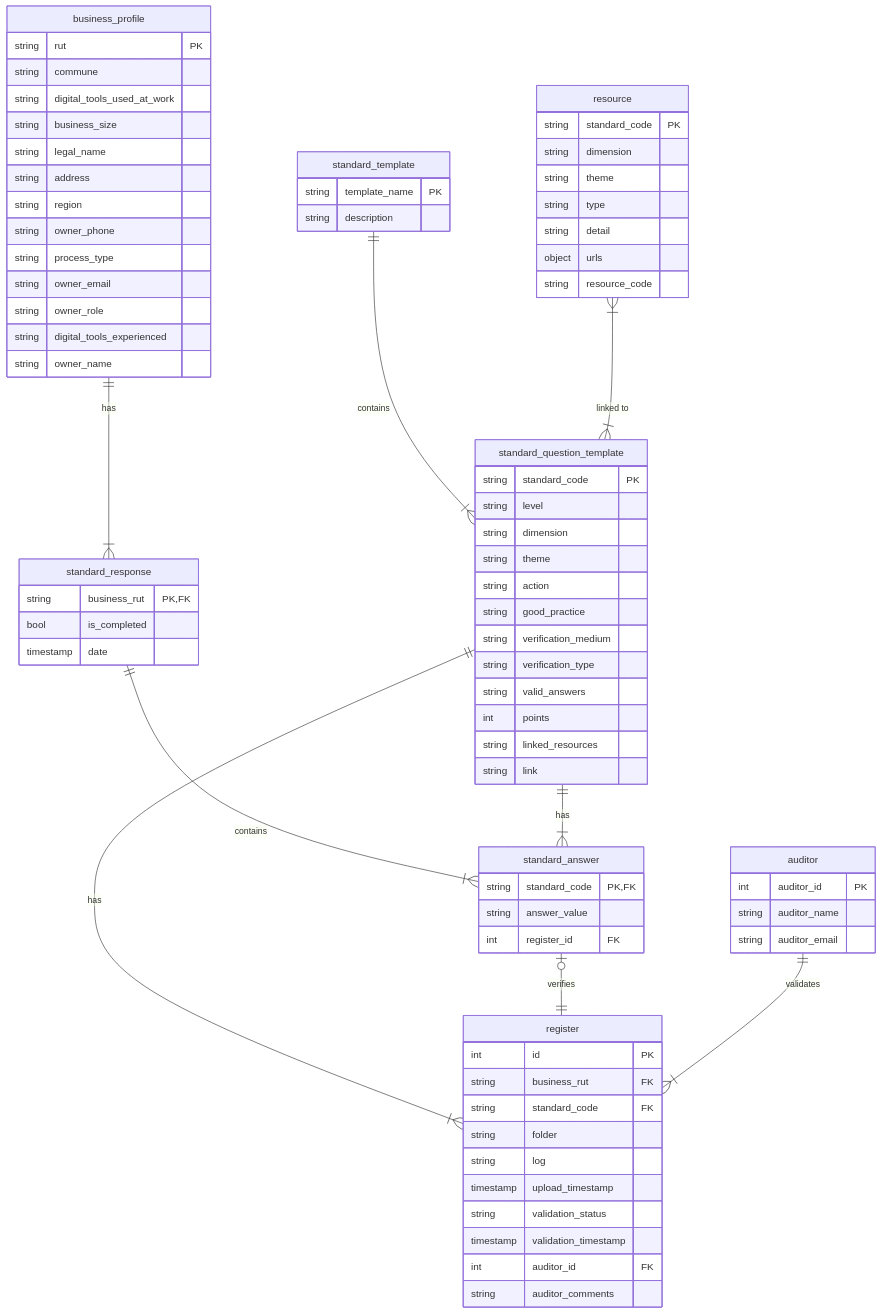
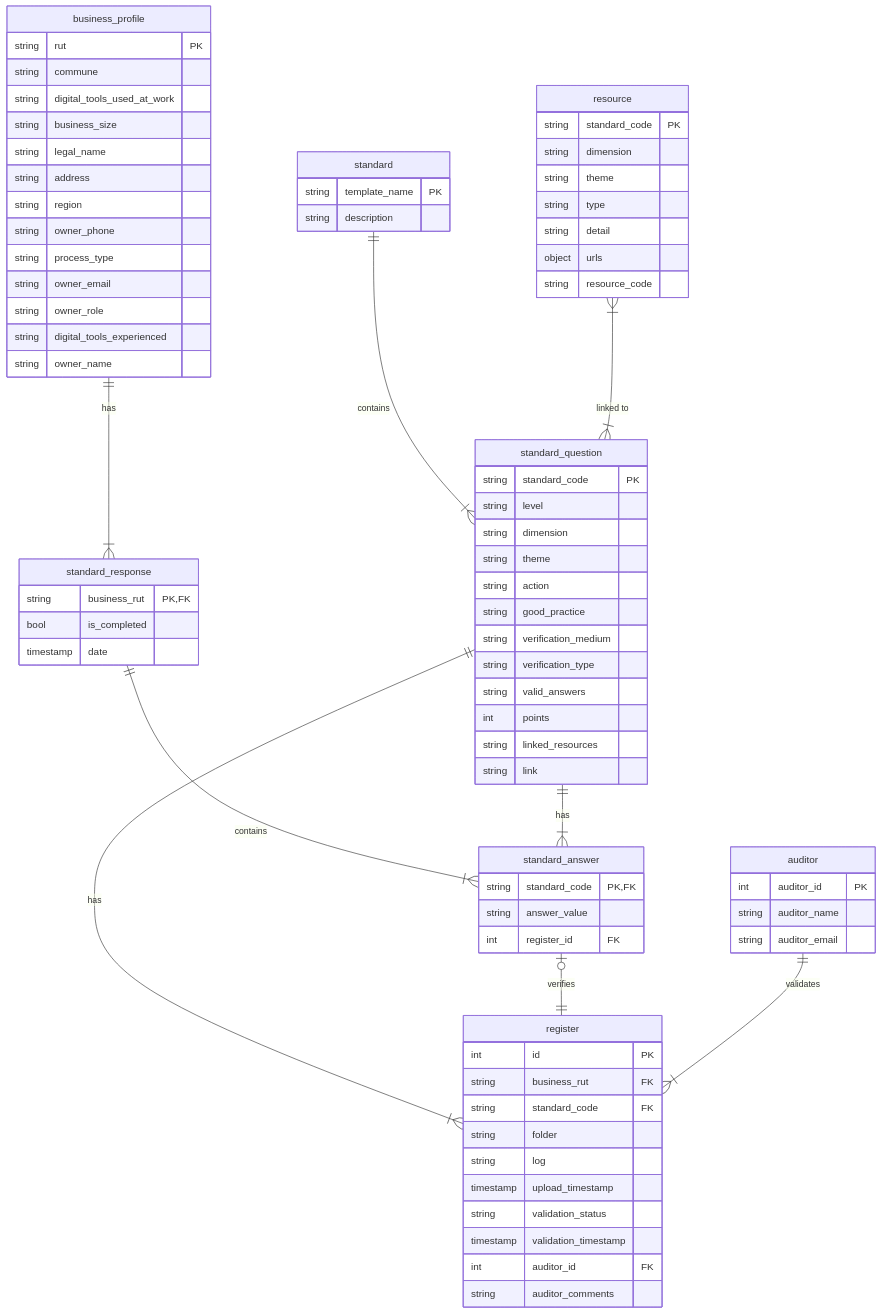
One commit to talukspa/agro_extension_digital_project changed the diagram in data_model/README.md. Above: the diagram before and after it, drawn with Mermaid. The commit also changed other lines of this file and 13 other files, not shown here.

````diff
--- a/data_model/README.md
+++ b/data_model/README.md
@@ -120,13 +120,13 @@
 ```mermaid
 erDiagram
     business_profile ||--|{ standard_response : "has"
-    standard_template ||--|{ standard_question_template : "contains"
+    standard ||--|{ standard_question : "contains"
     standard_response ||--|{ standard_answer : "contains"
-    standard_question_template ||--|{ register : "has"
-    standard_question_template ||--|{ standard_answer : "has"
+    standard_question ||--|{ register : "has"
+    standard_question ||--|{ standard_answer : "has"
     standard_answer |o--|| register : "verifies"
     auditor ||--|{ register : "validates"
-    resource }|--|{ standard_question_template : "linked to"
+    resource }|--|{ standard_question : "linked to"
 
     business_profile {
         string rut PK
@@ -144,12 +144,12 @@
         string owner_name
     }
 
-    standard_template {
+    standard {
         string template_name PK
         string description
     }
 
-    standard_question_template {
+    standard_question {
         string standard_code PK
         string level
         string dimension
````
